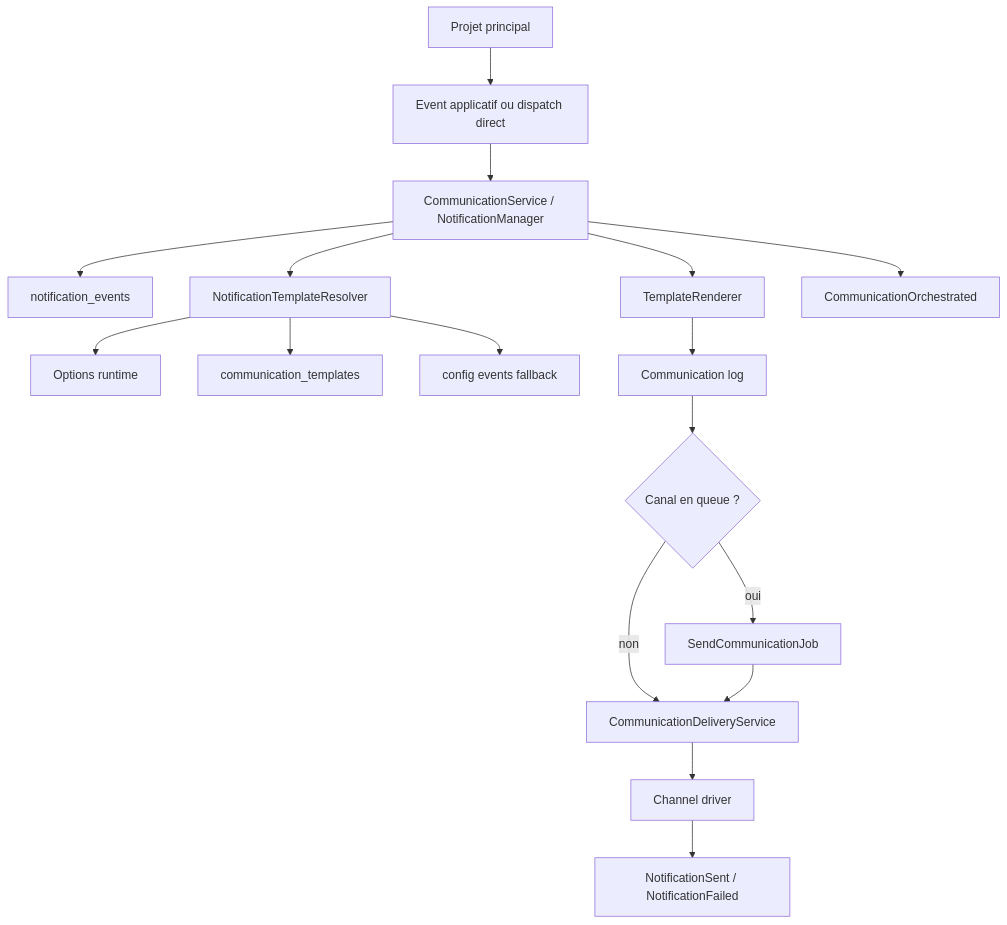
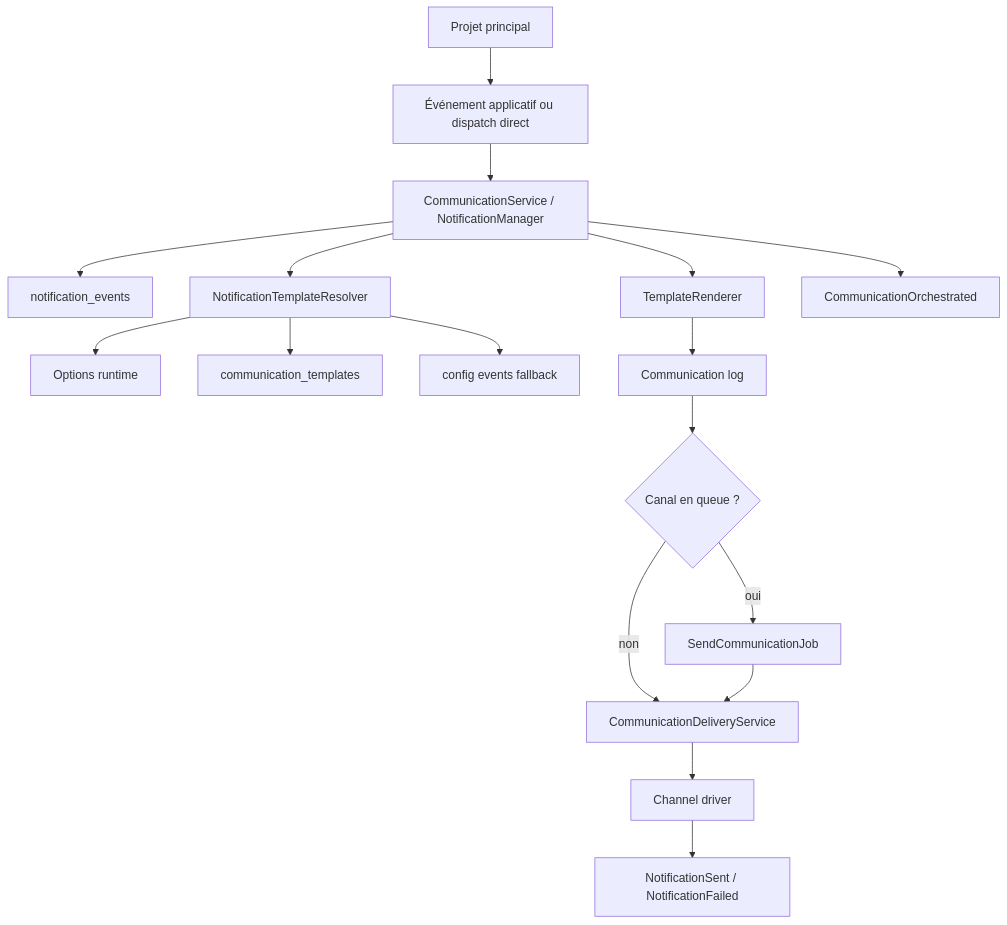
One commit to Alex-Saba/notificationmanager changed the first of 7 diagrams in docs/DIAGRAMS.md. Above: the diagram before and after it, drawn with Mermaid. The commit also changed other lines of this file and 7 other files, not shown here.

````diff
--- a/docs/DIAGRAMS.md
+++ b/docs/DIAGRAMS.md
@@ -7,19 +7,19 @@
 ```mermaid
 flowchart TD
-    A["Projet principal"] --> B["Event applicatif ou dispatch direct"]
+    A["Projet principal"] --> B["Événement applicatif ou dispatch direct"]
     B --> C["CommunicationService / NotificationManager"]
     C --> D["notification_events"]
     C --> E["NotificationTemplateResolver"]
     E --> F["Options runtime"]
     E --> G["communication_templates"]
     E --> H["config events fallback"]
     C --> I["TemplateRenderer"]
     I --> J["Communication log"]
     J --> K{"Canal en queue ?"}
     K -->|oui| L["SendCommunicationJob"]
     K -->|non| M["CommunicationDeliveryService"]
     L --> M
     M --> N["Channel driver"]
     N --> O["NotificationSent / NotificationFailed"]
     C --> P["CommunicationOrchestrated"]
 ```
````
